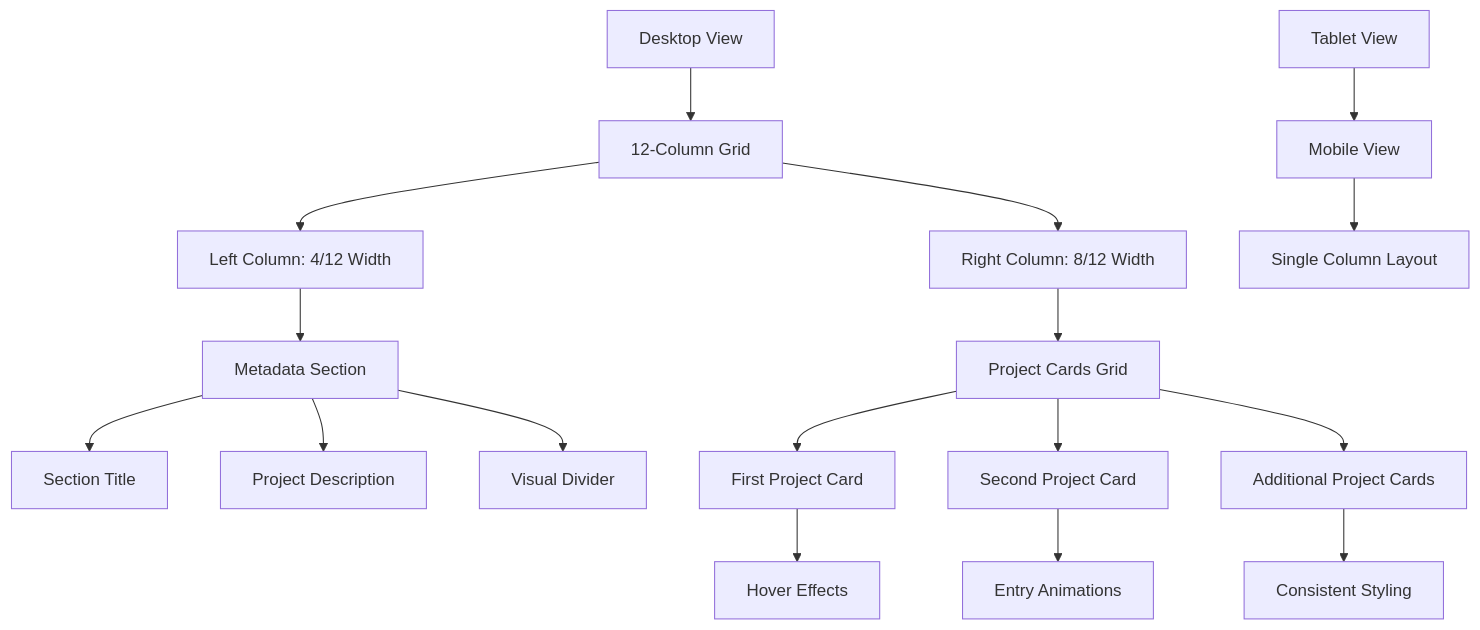
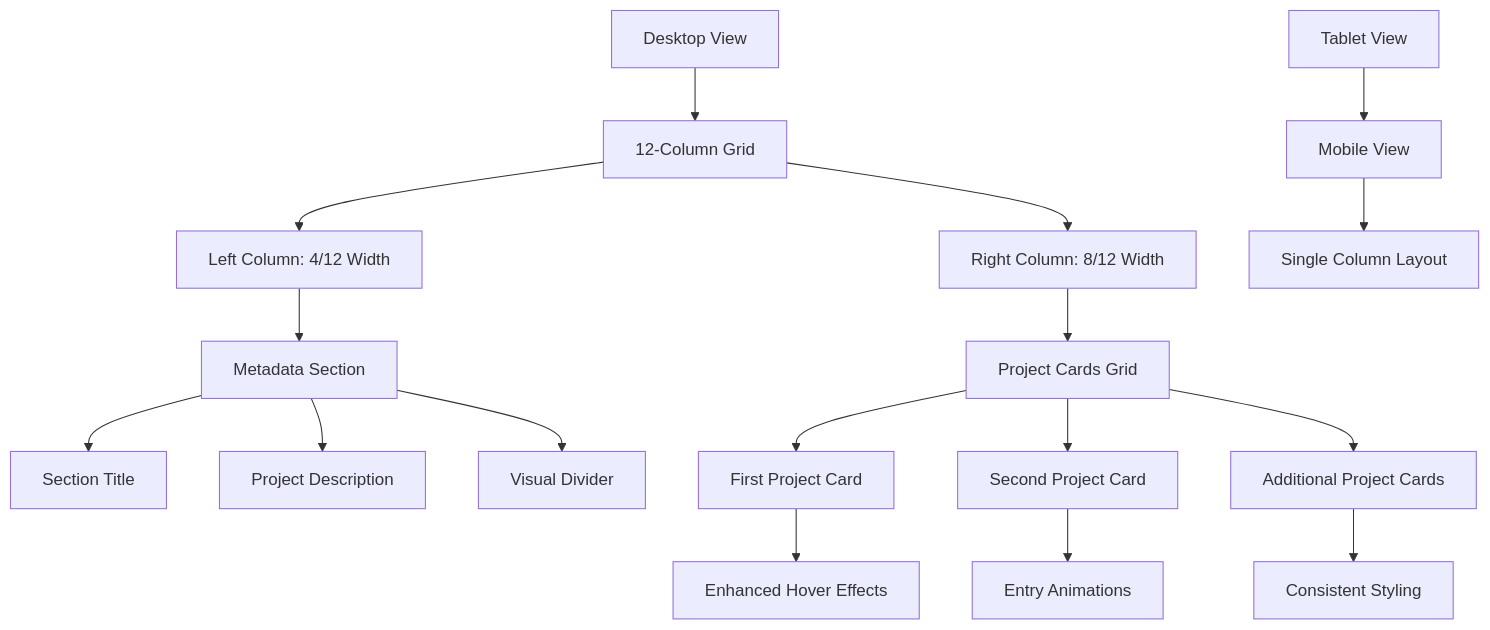
Before and after one commit to subash7781/Portfolio: the ninth of 9 diagrams in .qoder/repowiki/en/content/Component Library & UI Elements/ProjectsSection Component.md, drawn with Mermaid. The commit also changed other lines of this file and 3 other files, not shown here.

````diff
--- a/.qoder/repowiki/en/content/Component Library & UI Elements/ProjectsSection Component.md
+++ b/.qoder/repowiki/en/content/Component Library & UI Elements/ProjectsSection Component.md
@@ -378,19 +482,19 @@
 ```mermaid
 flowchart TD
 Desktop[Desktop View] --> Grid12[12-Column Grid]
 Grid12 --> Left4[Left Column: 4/12 Width]
 Grid12 --> Right8[Right Column: 8/12 Width]
 Tablet[Tablet View] --> Mobile[Mobile View]
 Mobile --> SingleColumn[Single Column Layout]
 Left4 --> MetaData[Metadata Section]
 Right8 --> ProjectCards[Project Cards Grid]
 MetaData --> Title[Section Title]
 MetaData --> Description[Project Description]
 MetaData --> Divider[Visual Divider]
 ProjectCards --> Card1[First Project Card]
 ProjectCards --> Card2[Second Project Card]
 ProjectCards --> CardN[Additional Project Cards]
-Card1 --> HoverEffect[Hover Effects]
+Card1 --> HoverEffect[Enhanced Hover Effects]
 Card2 --> Animation[Entry Animations]
 CardN --> Consistent[Consistent Styling]
 ```
````
